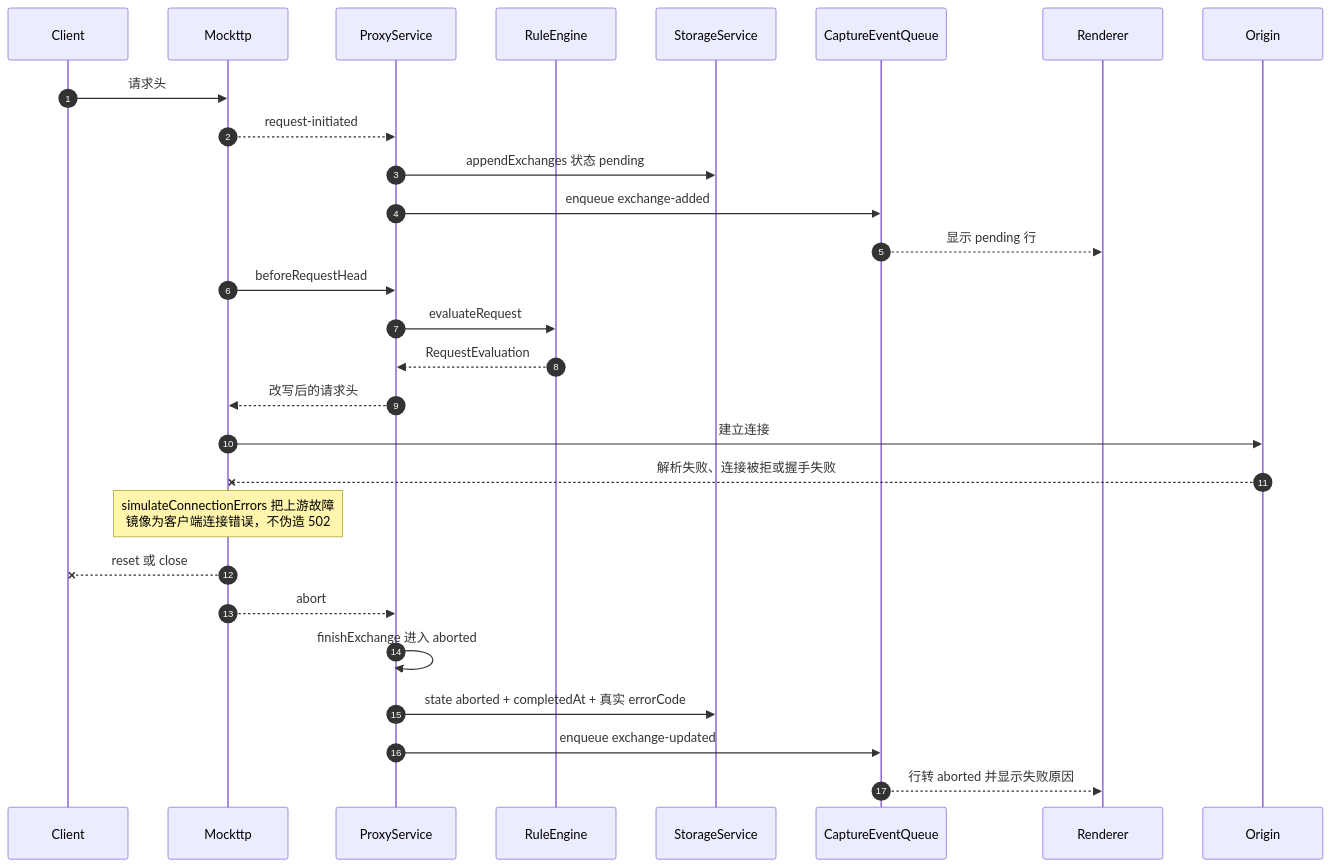
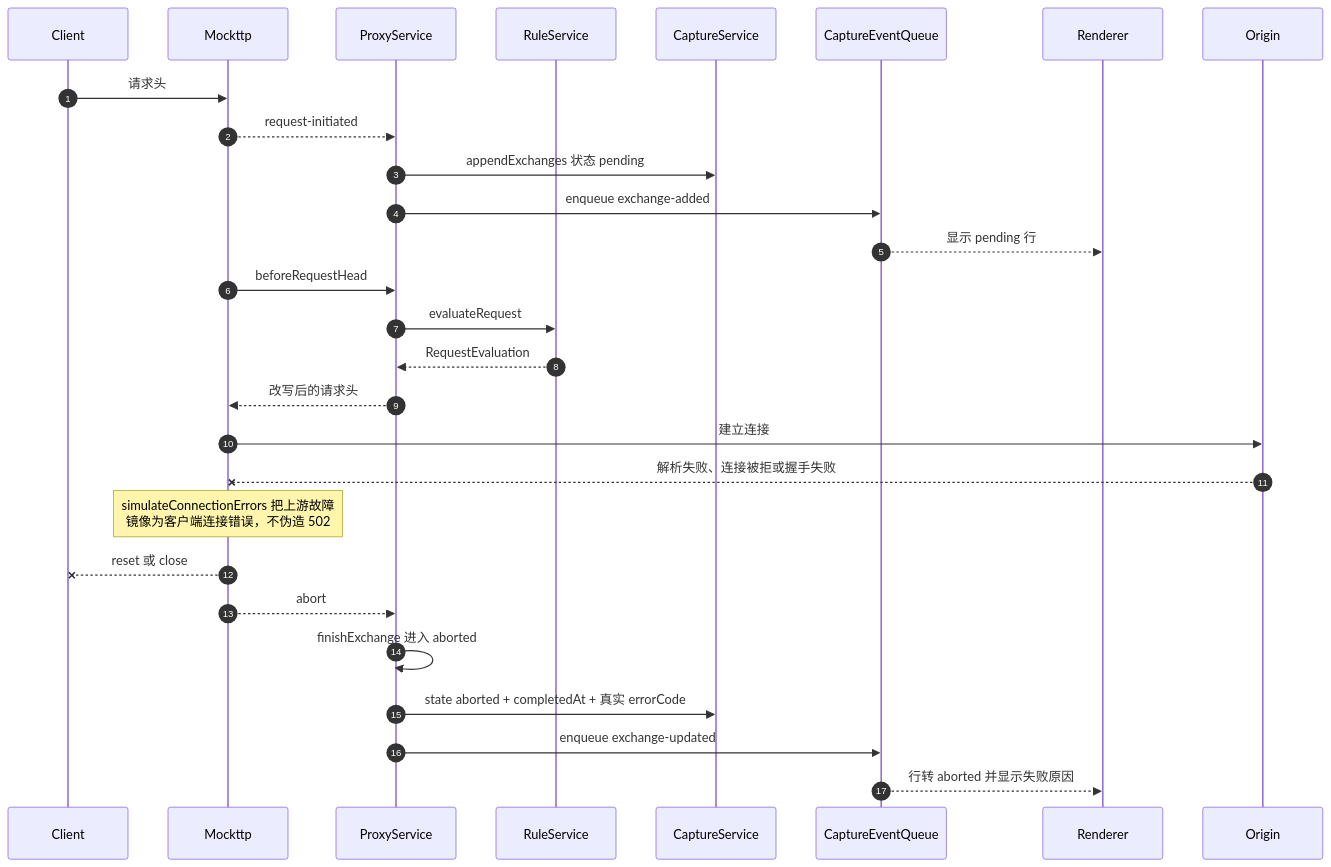
Before and after one commit to zhxmt-xm/Interceptor: the seventh of 14 diagrams in architecture/feature-capture.md, drawn with Mermaid. The commit also changed other lines of this file and 237 other files, not shown here.

````diff
--- a/architecture/feature-capture.md
+++ b/architecture/feature-capture.md
@@ -648,34 +648,34 @@
 ```mermaid
 sequenceDiagram
     autonumber
     participant Client
     participant Mockttp
     participant Proxy as ProxyService
-    participant Rules as RuleEngine
-    participant Storage as StorageService
+    participant Rules as RuleService
+    participant Storage as CaptureService
     participant Queue as CaptureEventQueue
     participant UI as Renderer
     participant Origin
 
     Client->>Mockttp: 请求头
     Mockttp-->>Proxy: request-initiated
     Proxy->>Storage: appendExchanges 状态 pending
     Proxy->>Queue: enqueue exchange-added
     Queue-->>UI: 显示 pending 行
 
     Mockttp->>Proxy: beforeRequestHead
     Proxy->>Rules: evaluateRequest
     Rules-->>Proxy: RequestEvaluation
     Proxy-->>Mockttp: 改写后的请求头
 
     Mockttp->>Origin: 建立连接
     Origin--xMockttp: 解析失败、连接被拒或握手失败
     Note over Mockttp: simulateConnectionErrors 把上游故障<br/>镜像为客户端连接错误，不伪造 502
     Mockttp--xClient: reset 或 close
     Mockttp-->>Proxy: abort
 
     Proxy->>Proxy: finishExchange 进入 aborted
     Proxy->>Storage: state aborted + completedAt + 真实 errorCode
     Proxy->>Queue: enqueue exchange-updated
     Queue-->>UI: 行转 aborted 并显示失败原因
 ```
````
